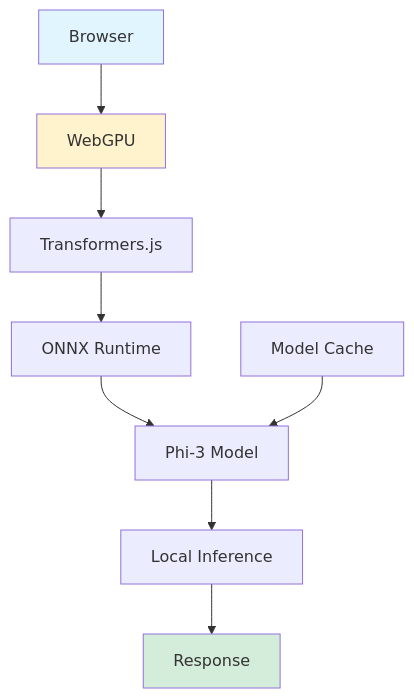
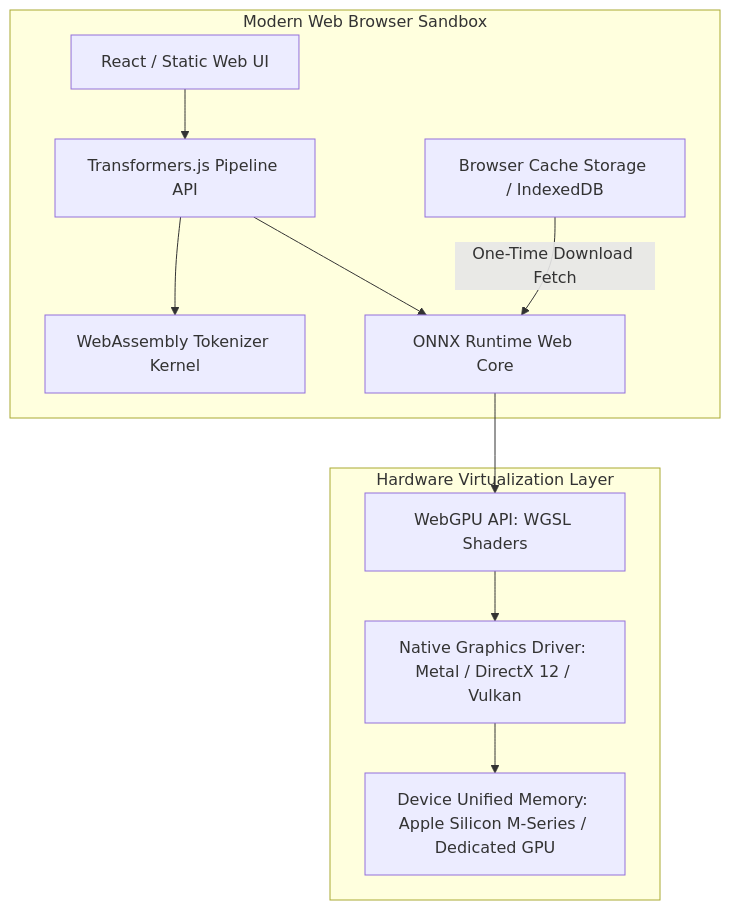
The third of 4 diagrams in _posts/2024/05/2024-05-08-phi3-webgpu.md (akillness/akillness.github.io), drawn with Mermaid before and after one commit. The commit also changed other lines of this file and 1 other file, not shown here.

Commit message:
archive(dev): rebuild phi3-webgpu from 2024-05 note

````diff
--- a/_posts/2024/05/2024-05-08-phi3-webgpu.md
+++ b/_posts/2024/05/2024-05-08-phi3-webgpu.md
@@ -31,15 +69,15 @@
 ```mermaid
-graph TB
-    A[Browser] --> B[WebGPU]
-    B --> C[Transformers.js]
-    C --> D[ONNX Runtime]
-    D --> E[Phi-3 Model]
-    E --> F[Local Inference]
-    F --> G[Response]
+flowchart TD
+    subgraph BrowserEnvironment["Modern Web Browser Sandbox"]
+        AppUI[React / Static Web UI] --> Pipe[Transformers.js Pipeline API]
+        Pipe --> Tokenizer[WebAssembly Tokenizer Kernel]
+        Pipe --> Runtime[ONNX Runtime Web Core]
+        Cache[Browser Cache Storage / IndexedDB] -->|One-Time Download Fetch| Runtime
+    end
 
-    H[Model Cache] --> E
-
-    style A fill:#e1f5ff
-    style B fill:#fff3cd
-    style G fill:#d4edda
+    subgraph HardwareExecution["Hardware Virtualization Layer"]
+        Runtime --> WGPU[WebGPU API: WGSL Shaders]
+        WGPU --> Driver[Native Graphics Driver: Metal / DirectX 12 / Vulkan]
+        Driver --> GPU[Device Unified Memory: Apple Silicon M-Series / Dedicated GPU]
+    end
 ```
````
